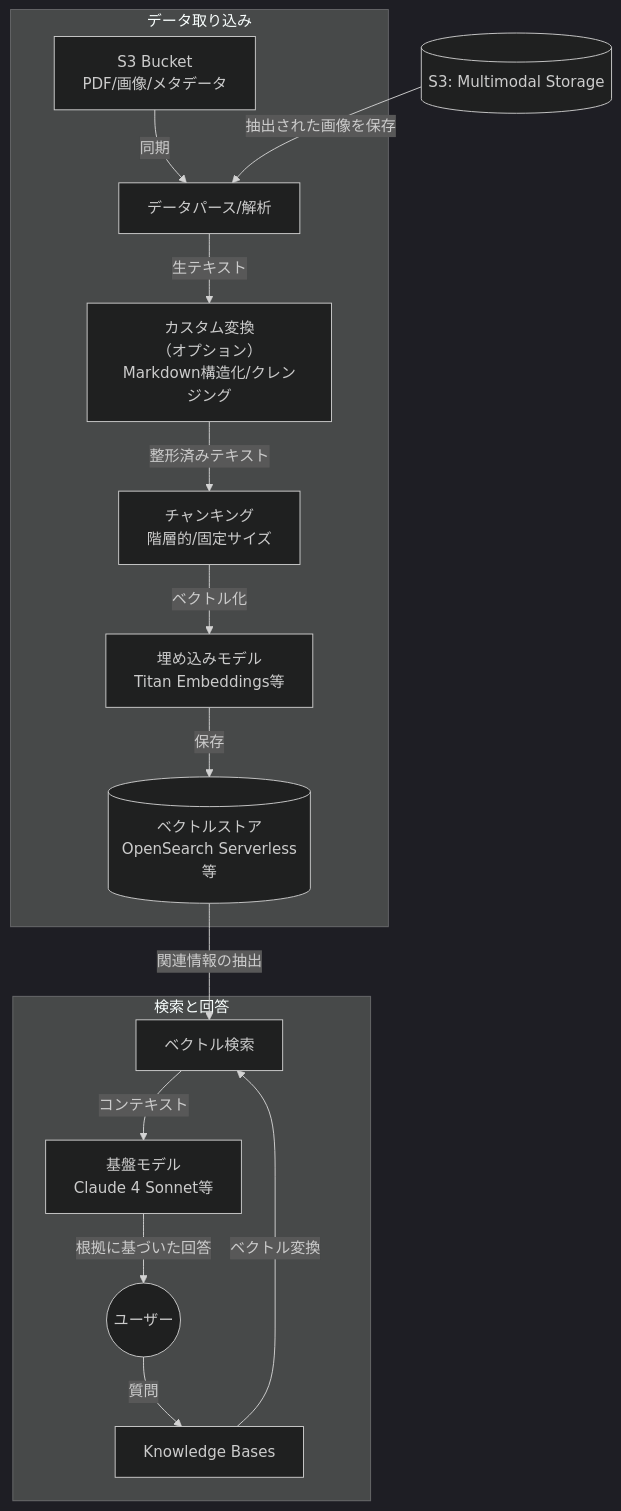
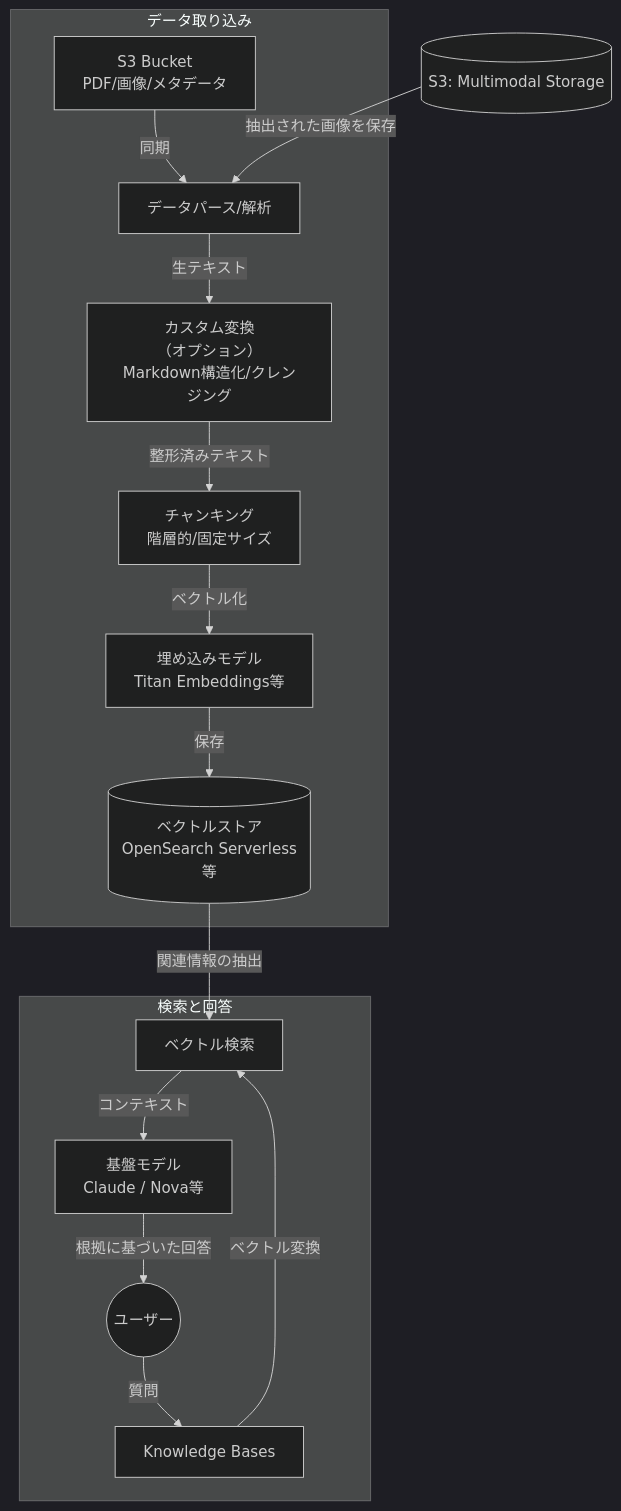
Before and after one commit to awk256/strandsagents: the diagram in 81.BedrockKnowledgeBase/81-00.BedrockKnowldegeBaseとは.md, drawn with Mermaid (dark theme). The commit also changed 2 other files, not shown here.

Commit message:
2026-01-10 12:52

````diff
--- a/81.BedrockKnowledgeBase/81-00.BedrockKnowldegeBaseとは.md
+++ b/81.BedrockKnowledgeBase/81-00.BedrockKnowldegeBaseとは.md
@@ -12,21 +12,21 @@
 ```mermaid
 graph TD
     subgraph "データ取り込み"
         S3[S3 Bucket<br/>PDF/画像/メタデータ] -->|同期| Parser[データパース/解析]
         Parser -->|生テキスト| Lambda[カスタム変換<br/>（オプション）<br/>Markdown構造化/クレンジング]
         Lambda -->|整形済みテキスト| Chunking[チャンキング<br/>階層的/固定サイズ]
         Chunking -->|ベクトル化| Embedding[埋め込みモデル<br/>Titan Embeddings等]
         Embedding -->|保存| VDB[(ベクトルストア<br/>OpenSearch Serverless等)]
     end
 
     subgraph "検索と回答"
         User((ユーザー)) -->|質問| KB[Knowledge Bases]
         KB -->|ベクトル変換| Search[ベクトル検索]
         VDB -->|関連情報の抽出| Search
-        Search -->|コンテキスト| LLM[基盤モデル<br/>Claude 4 Sonnet等]
+        Search -->|コンテキスト| LLM[基盤モデル<br/>Claude / Nova等]
         LLM -->|根拠に基づいた回答| User
     end
 
     %% 補助ストレージ
     S3_Images[(S3: Multimodal Storage)] -->|抽出された画像を保存| Parser
 ```
````
